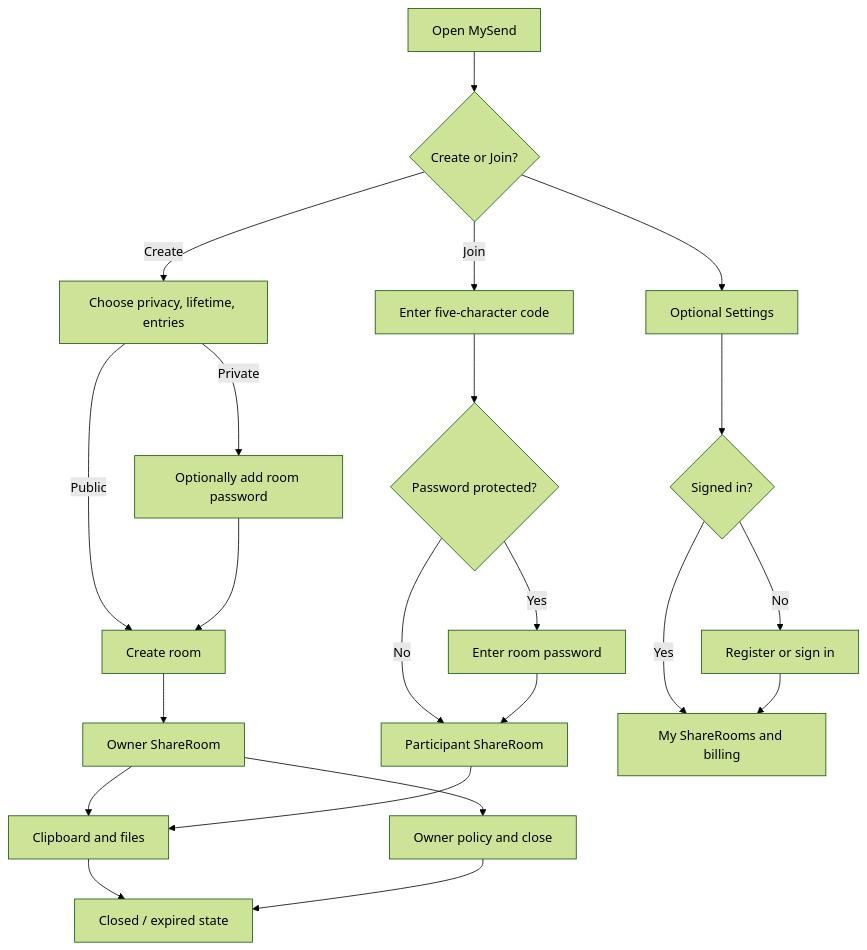
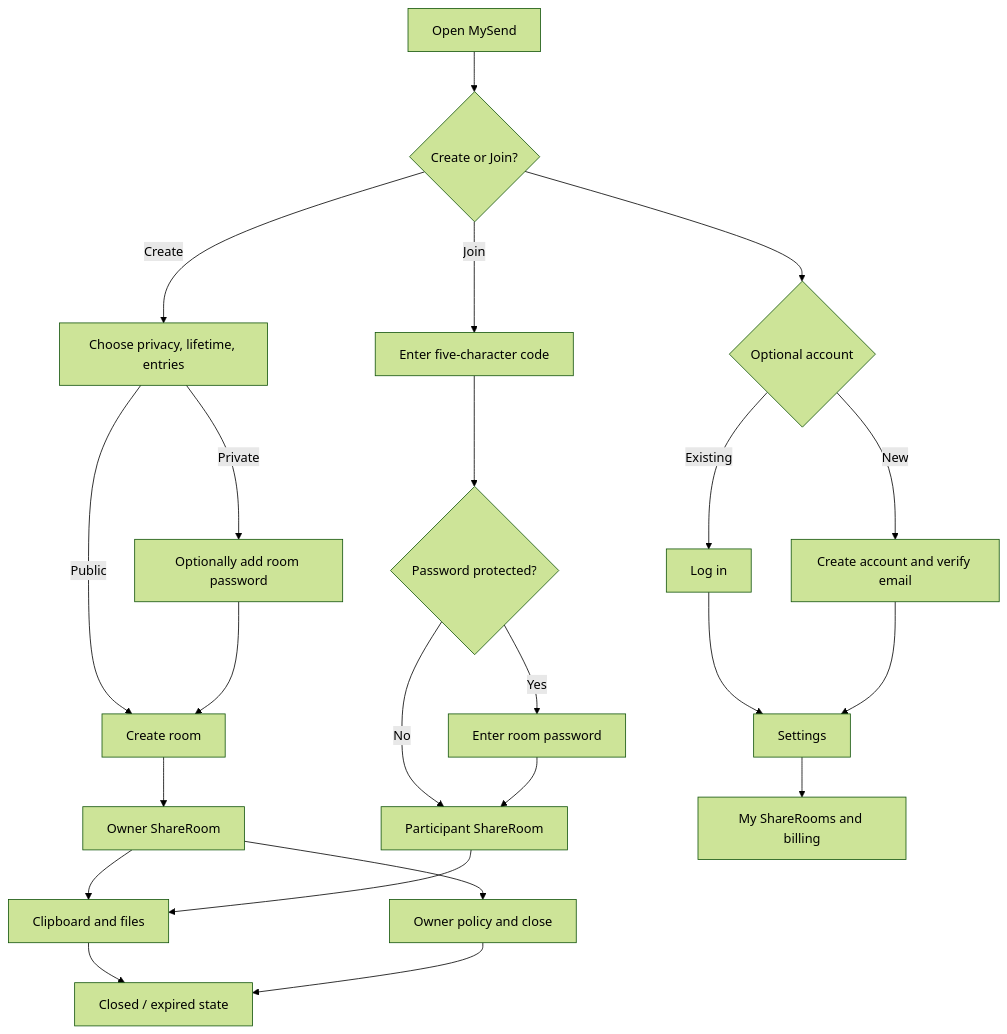
Before and after one commit to alan746/MySend: the diagram in docs/design/05-user-interaction-design.md, drawn with Mermaid (forest theme). The commit also changed other lines of this file and 1 other file, not shown here.

Commit message:
docs(design): separate authentication from settings

````diff
--- a/docs/design/05-user-interaction-design.md
+++ b/docs/design/05-user-interaction-design.md
@@ -33,24 +35,25 @@
 ```mermaid
 flowchart TD
     Start["Open MySend"] --> Home{"Create or Join?"}
     Home -->|Create| Configure["Choose privacy, lifetime, entries"]
     Configure -->|Private| OptionalPassword["Optionally add room password"]
     Configure -->|Public| Create["Create room"]
     OptionalPassword --> Create
     Create --> OwnerRoom["Owner ShareRoom"]
     Home -->|Join| Code["Enter five-character code"]
     Code --> EntryCheck{"Password protected?"}
     EntryCheck -->|No| ParticipantRoom["Participant ShareRoom"]
     EntryCheck -->|Yes| Password["Enter room password"]
     Password --> ParticipantRoom
     OwnerRoom --> Workspace["Clipboard and files"]
     ParticipantRoom --> Workspace
     OwnerRoom --> Controls["Owner policy and close"]
     Workspace --> Closed["Closed / expired state"]
     Controls --> Closed
-    Home --> Settings["Optional Settings"]
-    Settings --> Auth{"Signed in?"}
-    Auth -->|No| RegisterLogin["Register or sign in"]
-    Auth -->|Yes| MyRooms["My ShareRooms and billing"]
-    RegisterLogin --> MyRooms
+    Home --> Auth{"Optional account"}
+    Auth -->|Existing| Login["Log in"]
+    Auth -->|New| Signup["Create account and verify email"]
+    Login --> Settings["Settings"]
+    Signup --> Settings
+    Settings --> MyRooms["My ShareRooms and billing"]
 ```
````
